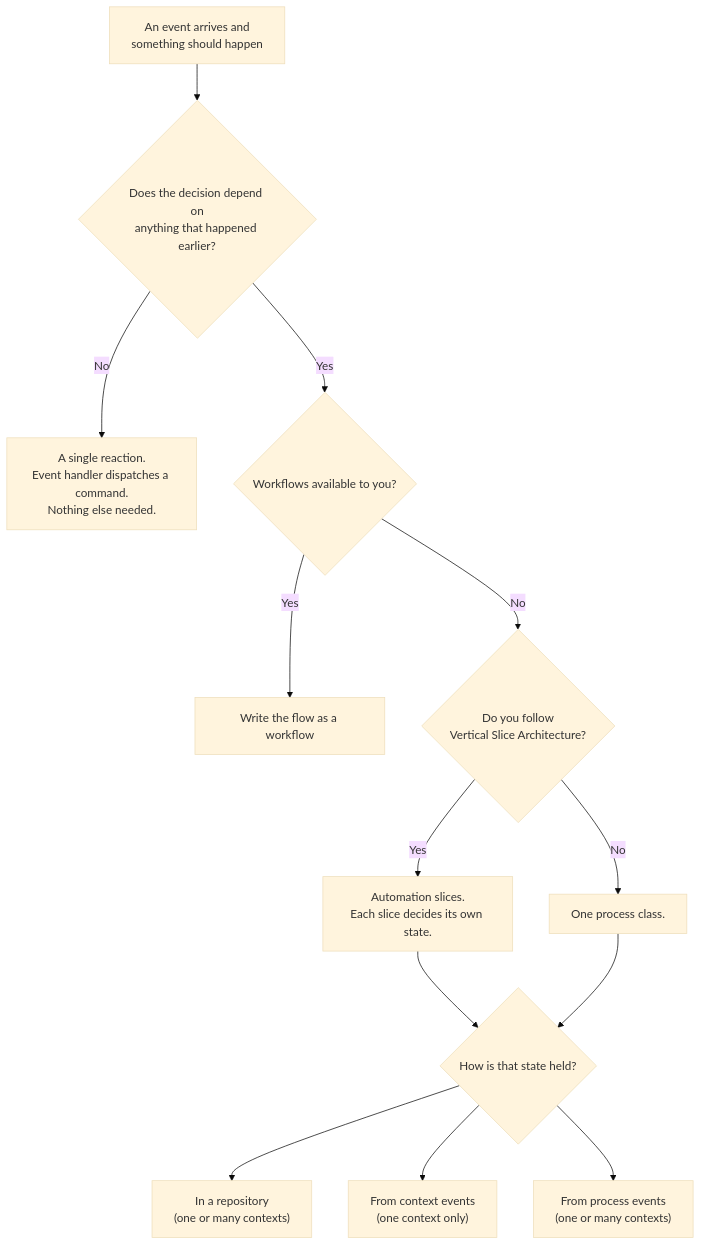
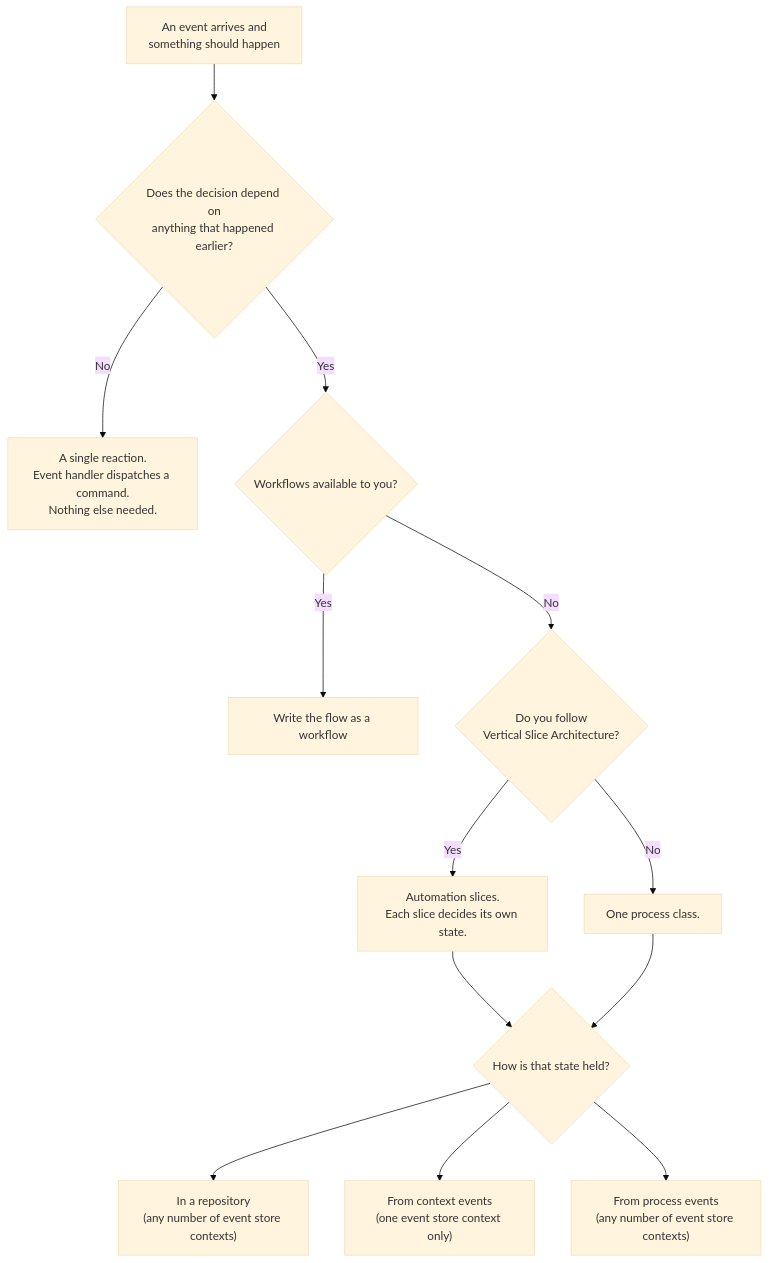
The diagram in _import/AxonFramework/docs/saga-guide/modules/ROOT/pages/index.adoc (AxonIQ/axoniq-framework), drawn with Mermaid (base theme) before and after one commit. The commit also changed other lines of this file and 5 other files, not shown here.

```diff
--- a/_import/AxonFramework/docs/saga-guide/modules/ROOT/pages/index.adoc
+++ b/_import/AxonFramework/docs/saga-guide/modules/ROOT/pages/index.adoc
@@ -162,29 +186,29 @@
 [mermaid,saga-choosing-an-approach,svg]
 ----
 flowchart TD
     START["An event arrives and<br/>something should happen"]
     STATE{"Does the decision depend on<br/>anything that happened earlier?"}
     REACTION["A single reaction.<br/>Event handler dispatches a command.<br/>Nothing else needed."]
     WORKFLOW{"Workflows available to you?"}
     USEWF["Write the flow as a workflow"]
     SLICES{"Do you follow<br/>Vertical Slice Architecture?"}
     AUTOMATION["Automation slices.<br/>Each slice decides its own state."]
     ONECLASS["One process class."]
     HOWSTATE{"How is that state held?"}
-    REPO["In a repository<br/>(one or many contexts)"]
-    CONTEXT["From context events<br/>(one context only)"]
-    PROCESS["From process events<br/>(one or many contexts)"]
+    REPO["In a repository<br/>(any number of event store contexts)"]
+    CONTEXT["From context events<br/>(one event store context only)"]
+    PROCESS["From process events<br/>(any number of event store contexts)"]
 
     START --> STATE
     STATE -->|No| REACTION
     STATE -->|Yes| WORKFLOW
     WORKFLOW -->|Yes| USEWF
     WORKFLOW -->|No| SLICES
     SLICES -->|Yes| AUTOMATION
     SLICES -->|No| ONECLASS
     AUTOMATION --> HOWSTATE
     ONECLASS --> HOWSTATE
     HOWSTATE --> REPO
     HOWSTATE --> CONTEXT
     HOWSTATE --> PROCESS
 ----
```
